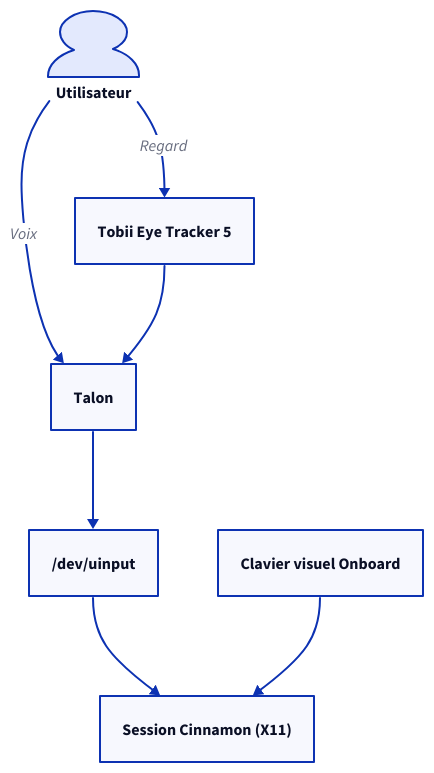
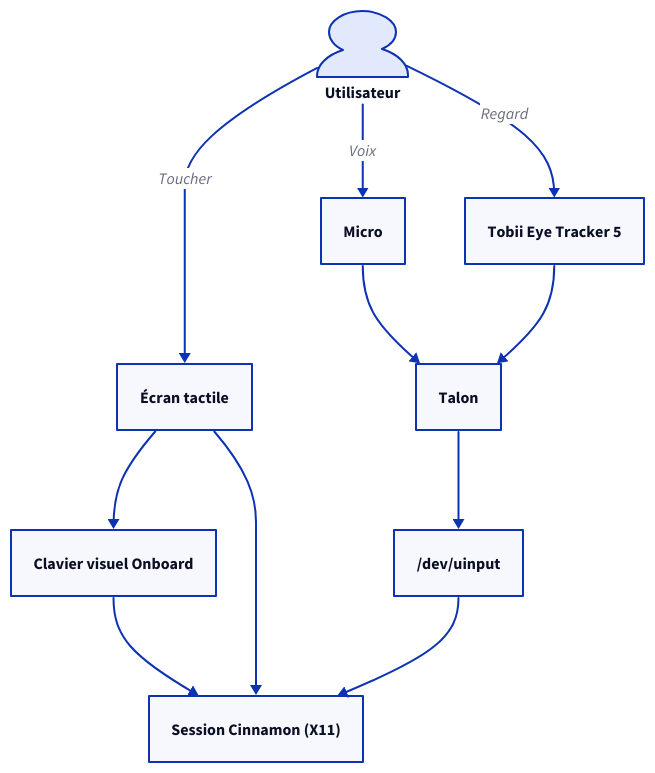
Before and after one commit to darkone-linux/dnf-doc: the diagram in src/content/docs/fr/doc/admin-guide/operate/accessibility.mdx, drawn with D2. The commit also changed other lines of this file and 15 other files, not shown here.

````diff
--- a/src/content/docs/fr/doc/admin-guide/operate/accessibility.mdx
+++ b/src/content/docs/fr/doc/admin-guide/operate/accessibility.mdx
@@ -32,18 +44,24 @@
 ```d2
 style.fill: transparent
 direction: down
 
 user: Utilisateur { shape: person }
+touch: Écran tactile
+mic: Micro
 tracker: Tobii Eye Tracker 5
+onboard: Clavier visuel Onboard
 talon: Talon
 uinput: /dev/uinput
 session: Session Cinnamon (X11)
-onboard: Clavier visuel Onboard
 
+user -> touch: Toucher
+user -> mic: Voix
 user -> tracker: Regard
-user -> talon: Voix
+touch -> onboard
+touch -> session
+mic -> talon
 tracker -> talon
 talon -> uinput
 uinput -> session
 onboard -> session
 ```
````
